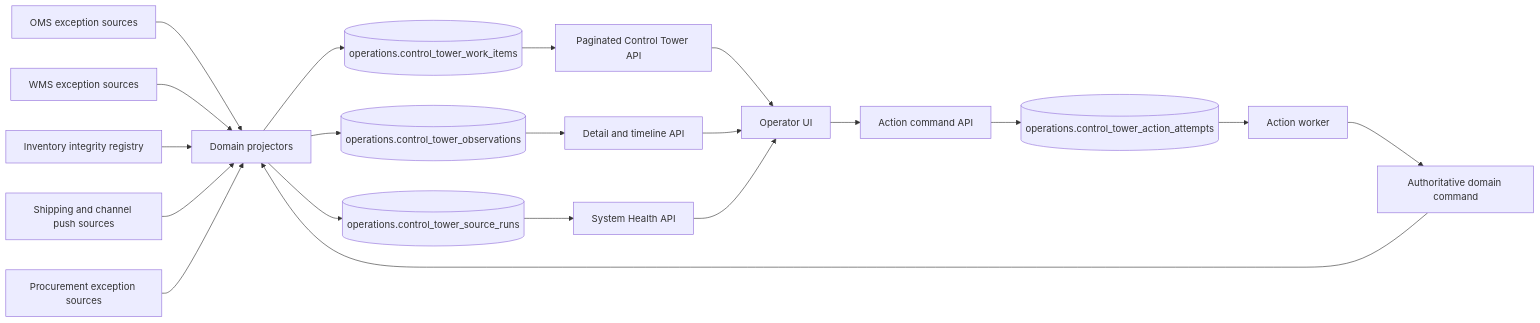
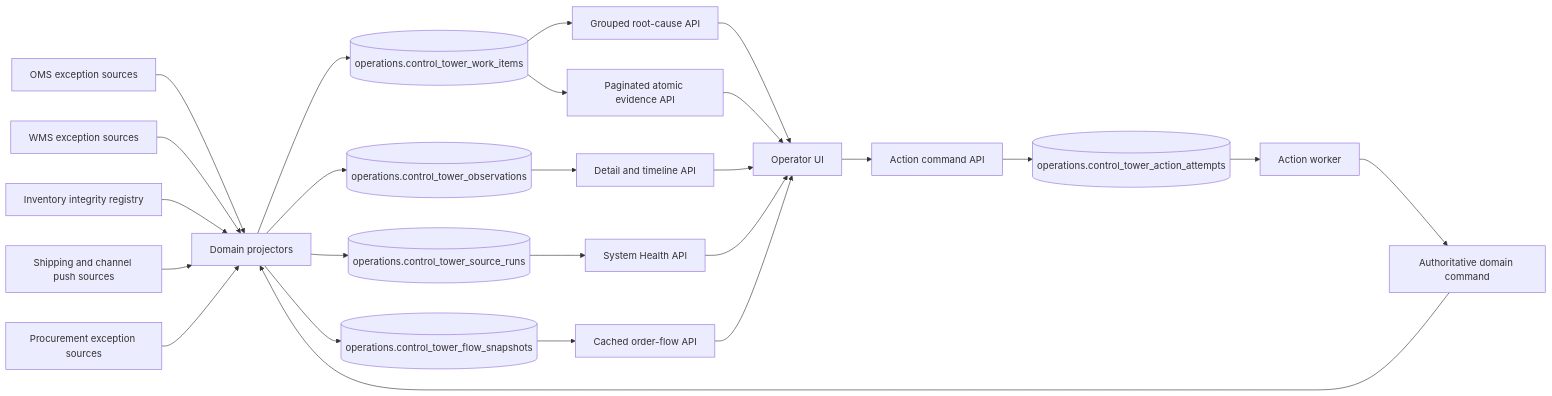
Before and after one commit to cardshellz/Echelon: the second of 2 diagrams in docs/OPERATIONS-CONTROL-TOWER-DESIGN.md, drawn with Mermaid. The commit also changed other lines of this file and 12 other files, not shown here.

Commit message:
Build grouped Control Tower waterfall

````diff
--- a/docs/OPERATIONS-CONTROL-TOWER-DESIGN.md
+++ b/docs/OPERATIONS-CONTROL-TOWER-DESIGN.md
@@ -416,32 +416,37 @@
 ```mermaid
 flowchart LR
     OMS[OMS exception sources]
     WMS[WMS exception sources]
     INV[Inventory integrity registry]
     SHIP[Shipping and channel push sources]
     PROC[Procurement exception sources]
 
     OMS --> COL[Domain projectors]
     WMS --> COL
     INV --> COL
     SHIP --> COL
     PROC --> COL
 
     COL --> ITEMS[(operations.control_tower_work_items)]
     COL --> OBS[(operations.control_tower_observations)]
     COL --> RUNS[(operations.control_tower_source_runs)]
+    COL --> SNAP[(operations.control_tower_flow_snapshots)]
 
-    ITEMS --> API[Paginated Control Tower API]
+    ITEMS --> API[Grouped root-cause API]
+    ITEMS --> ATOMIC[Paginated atomic evidence API]
     OBS --> DETAIL[Detail and timeline API]
     RUNS --> HEALTH[System Health API]
+    SNAP --> FLOW[Cached order-flow API]
 
     API --> UI[Operator UI]
+    ATOMIC --> UI
     DETAIL --> UI
     HEALTH --> UI
+    FLOW --> UI
 
     UI --> CMD[Action command API]
     CMD --> ATTEMPTS[(operations.control_tower_action_attempts)]
     ATTEMPTS --> WORKER[Action worker]
     WORKER --> DOMAIN[Authoritative domain command]
     DOMAIN --> COL
 ```
````
